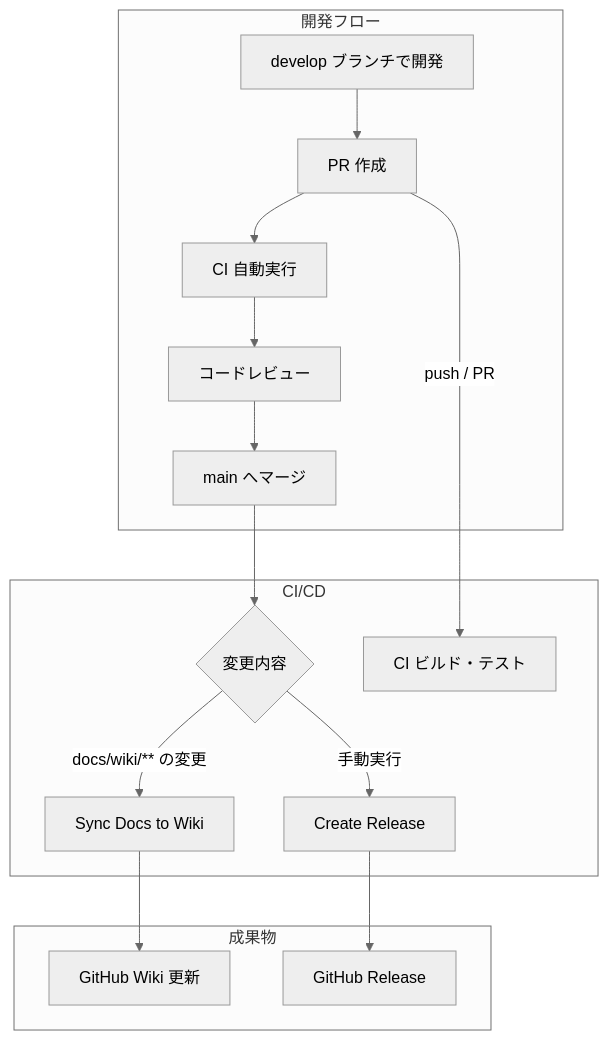
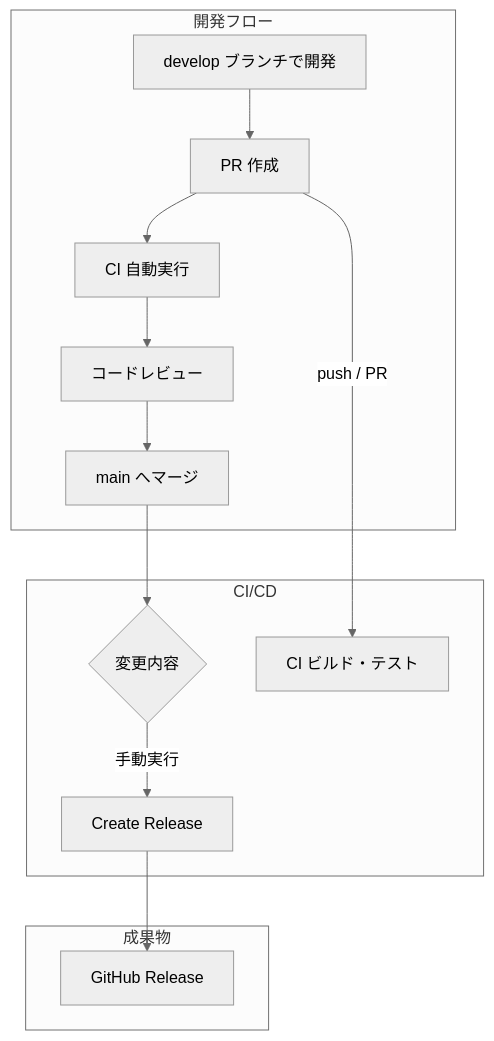
One commit to vehiclevisionjp/VehicleVision.Tools.ScreenSketch changed the first of 3 diagrams in docs/contributing/ci-workflow.md. Above: the diagram before and after it, drawn with Mermaid (neutral theme). The commit also changed other lines of this file and 3 other files, not shown here.

````diff
--- a/docs/contributing/ci-workflow.md
+++ b/docs/contributing/ci-workflow.md
@@ -45,21 +44,19 @@
 ```mermaid
 flowchart TB
     subgraph 開発フロー
         A[develop ブランチで開発] --> B[PR 作成]
         B --> C[CI 自動実行]
         C --> D[コードレビュー]
         D --> E[main へマージ]
     end
 
     subgraph CI/CD
         E --> F{変更内容}
-        F -->|docs/wiki/** の変更| G[Sync Docs to Wiki]
         F -->|手動実行| H[Create Release]
         B -->|push / PR| I[CI ビルド・テスト]
     end
 
     subgraph 成果物
-        G --> J[GitHub Wiki 更新]
         H --> K[GitHub Release]
     end
 ```
````
